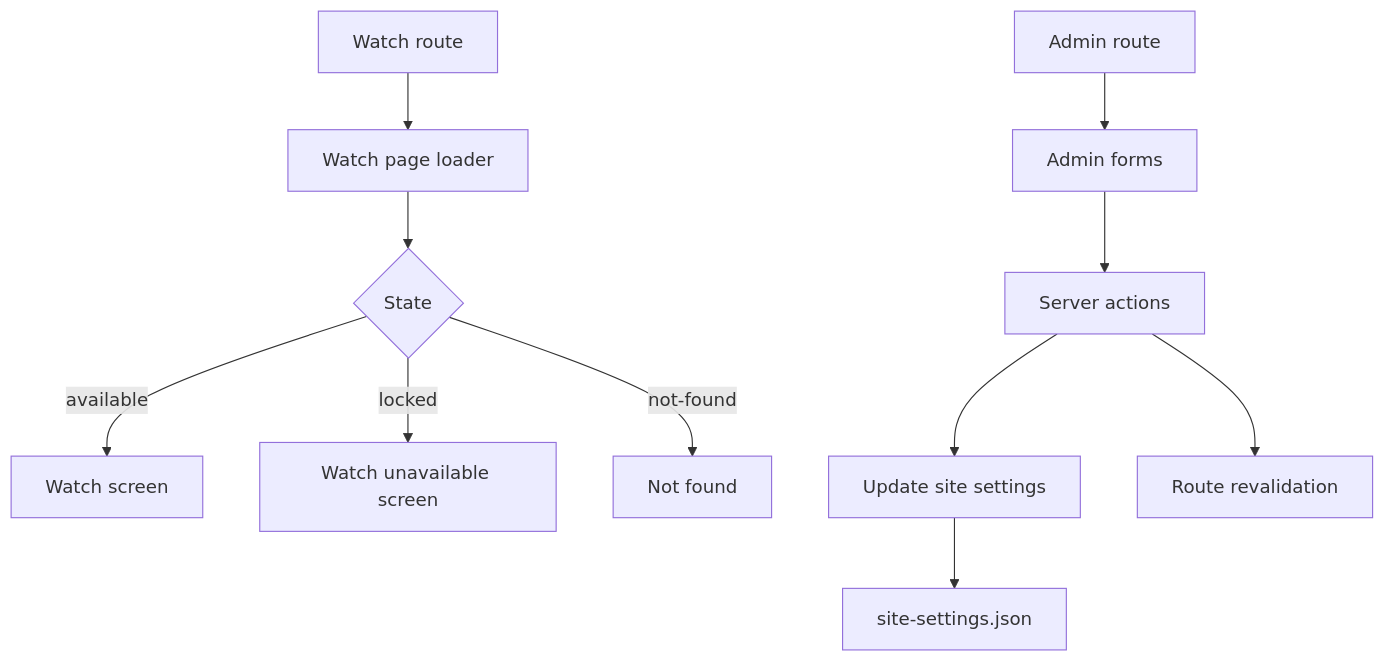
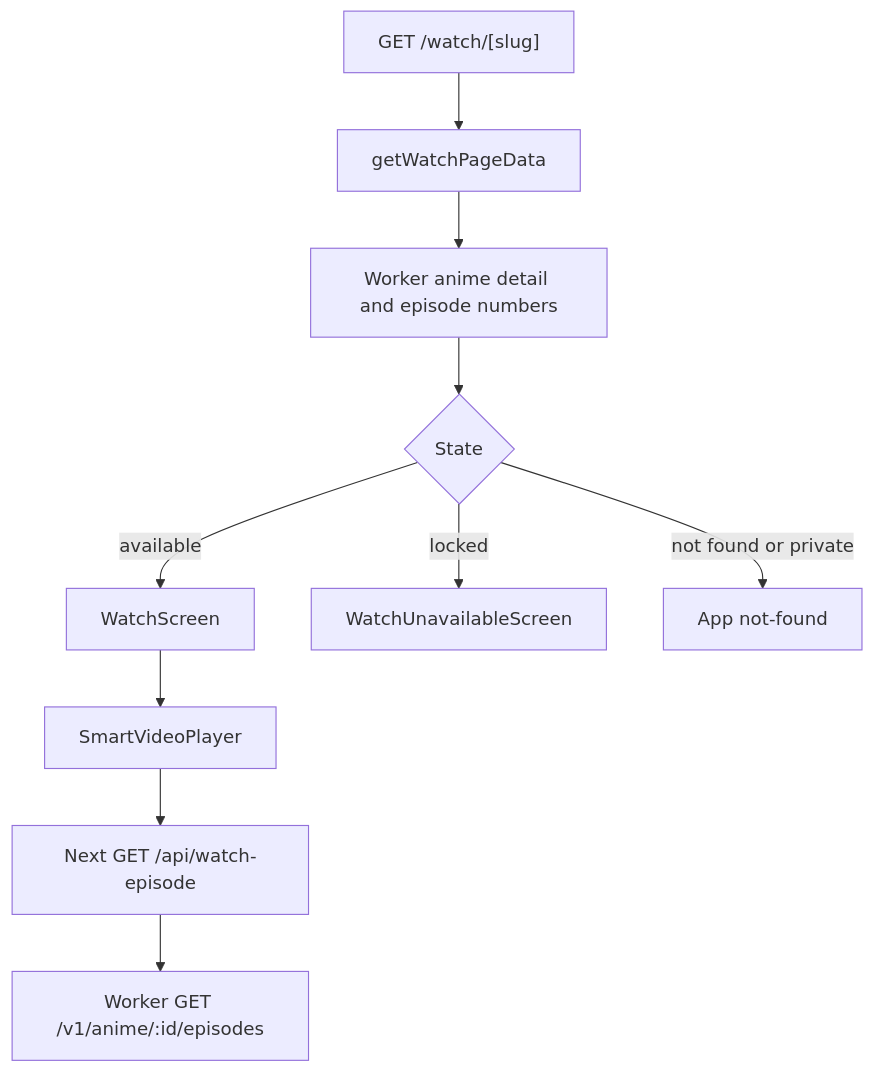
Before and after one commit to xyrusL/rioanimeplay: the third of 4 diagrams in docs/desktop-flow.md, drawn with Mermaid. The commit also changed other lines of this file and 35 other files, not shown here.

````diff
--- a/docs/desktop-flow.md
+++ b/docs/desktop-flow.md
@@ -42,14 +51,12 @@
 ```mermaid
 flowchart TD
-    A["Watch route"] --> B["Watch page loader"]
-    B --> C{"State"}
-    C -->|available| D["Watch screen"]
-    C -->|locked| E["Watch unavailable screen"]
-    C -->|not-found| F["Not found"]
-
-    G["Admin route"] --> H["Admin forms"]
-    H --> I["Server actions"]
-    I --> J["Update site settings"]
-    J --> K["site-settings.json"]
-    I --> L["Route revalidation"]
+    A["GET /watch/[slug]"] --> B["getWatchPageData"]
+    B --> C["Worker anime detail and episode numbers"]
+    C --> D{"State"}
+    D -->|available| E["WatchScreen"]
+    D -->|locked| F["WatchUnavailableScreen"]
+    D -->|not found or private| G["App not-found"]
+    E --> H["SmartVideoPlayer"]
+    H --> I["Next GET /api/watch-episode"]
+    I --> J["Worker GET /v1/anime/:id/episodes"]
 ```
````
